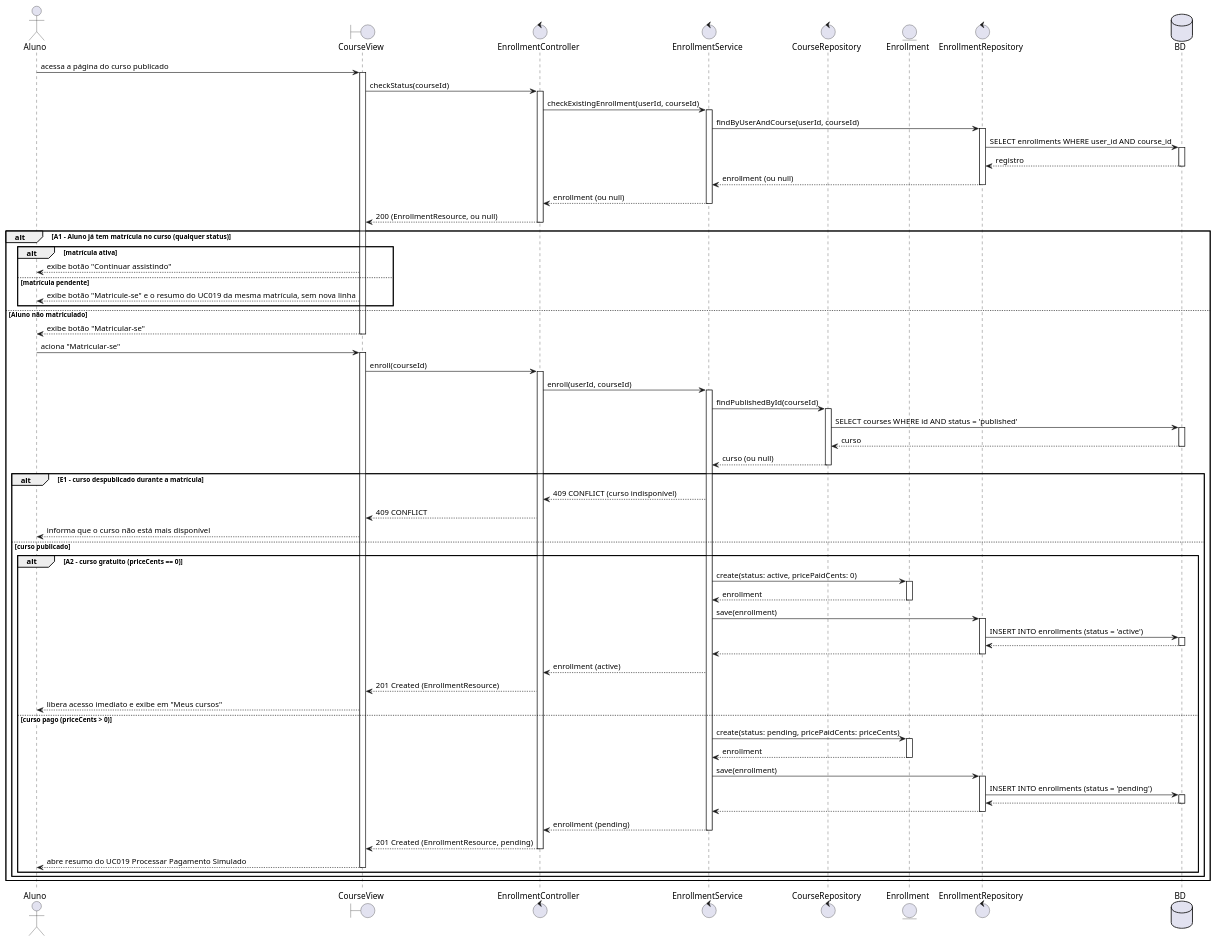
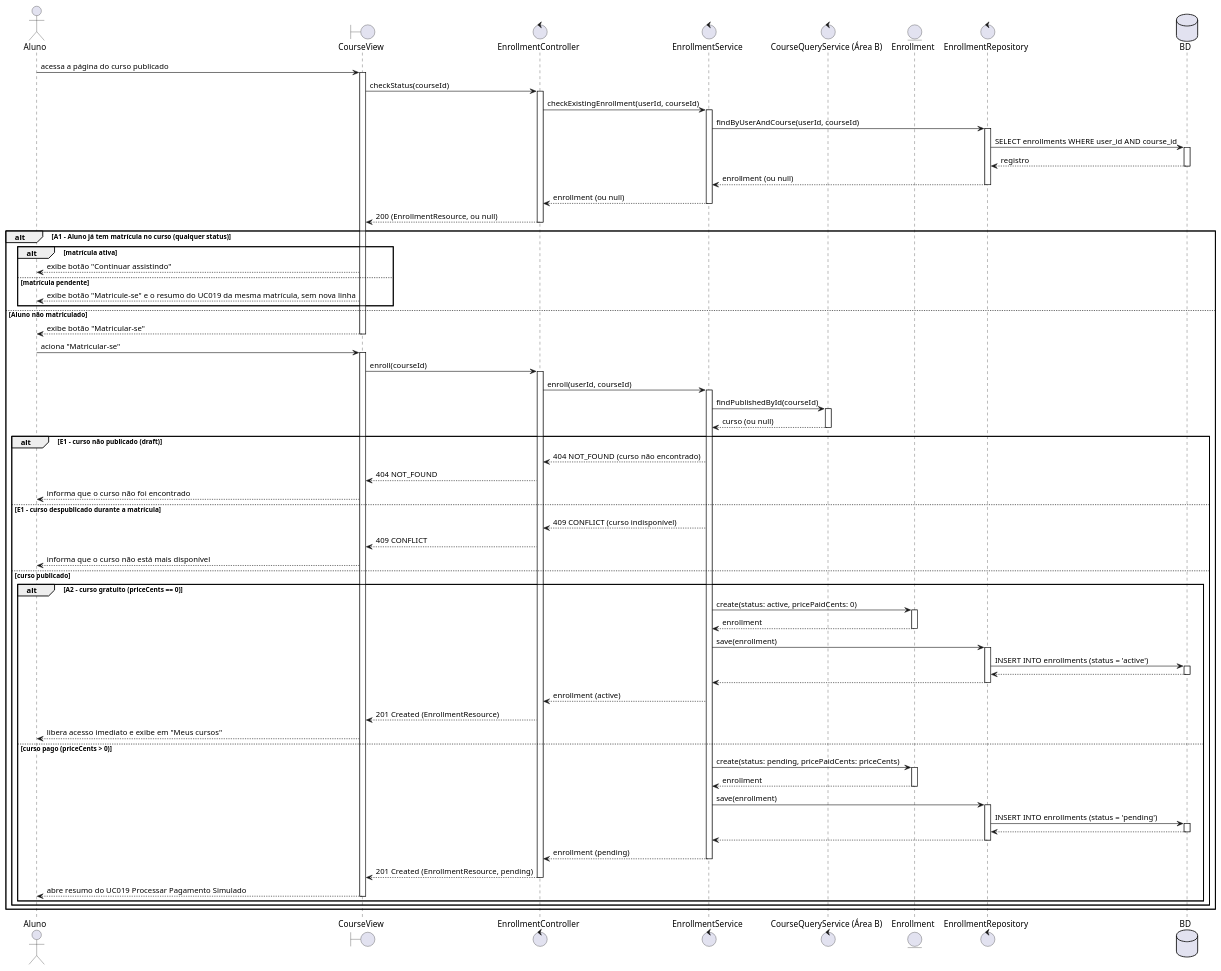
The diagram in scripts/drawio-seqgen/exemplos/14-sequencia-uc003.puml (Plataforma-de-Cursos-TCC/plataforma-cursos-docs), drawn with PlantUML before and after one commit. The commit also changed 30 other files, not shown here.

First line of the commit message:
fix(area-c): snapshot quiz answers and align UC, sequences and classes

```diff
--- a/scripts/drawio-seqgen/exemplos/14-sequencia-uc003.puml
+++ b/scripts/drawio-seqgen/exemplos/14-sequencia-uc003.puml
@@ -3,62 +3,64 @@
 @startuml 14-sequencia-uc003
 actor Aluno
 boundary CourseView
 control EnrollmentController
 control EnrollmentService
-control CourseRepository
+control "CourseQueryService (Área B)" as CourseQueryService
 entity Enrollment
 control EnrollmentRepository
 database BD
 Aluno -> CourseView ++ : acessa a página do curso publicado
 CourseView -> EnrollmentController ++ : checkStatus(courseId)
 EnrollmentController -> EnrollmentService ++ : checkExistingEnrollment(userId, courseId)
 EnrollmentService -> EnrollmentRepository ++ : findByUserAndCourse(userId, courseId)
 EnrollmentRepository -> BD ++ : SELECT enrollments WHERE user_id AND course_id
 BD --> EnrollmentRepository -- : registro
 EnrollmentRepository --> EnrollmentService -- : enrollment (ou null)
 EnrollmentService --> EnrollmentController -- : enrollment (ou null)
 EnrollmentController --> CourseView -- : 200 (EnrollmentResource, ou null)
 alt A1 - Aluno já tem matrícula no curso (qualquer status)
 alt matrícula ativa
 CourseView --> Aluno : exibe botão "Continuar assistindo"
 else matrícula pendente
 CourseView --> Aluno : exibe botão "Matricule-se" e o resumo do UC019 da mesma matrícula, sem nova linha
 end
 else Aluno não matriculado
 CourseView --> Aluno -- : exibe botão "Matricular-se"
 Aluno -> CourseView ++ : aciona "Matricular-se"
 CourseView -> EnrollmentController ++ : enroll(courseId)
 EnrollmentController -> EnrollmentService ++ : enroll(userId, courseId)
-EnrollmentService -> CourseRepository ++ : findPublishedById(courseId)
-CourseRepository -> BD ++ : SELECT courses WHERE id AND status = 'published'
-BD --> CourseRepository -- : curso
-CourseRepository --> EnrollmentService -- : curso (ou null)
-alt E1 - curso despublicado durante a matrícula
+EnrollmentService -> CourseQueryService ++ : findPublishedById(courseId)
+CourseQueryService --> EnrollmentService -- : curso (ou null)
+alt E1 - curso não publicado (draft)
+EnrollmentService --> EnrollmentController : 404 NOT_FOUND (curso não encontrado)
+EnrollmentController --> CourseView : 404 NOT_FOUND
+CourseView --> Aluno : informa que o curso não foi encontrado
+else E1 - curso despublicado durante a matrícula
 EnrollmentService --> EnrollmentController : 409 CONFLICT (curso indisponível)
 EnrollmentController --> CourseView : 409 CONFLICT
 CourseView --> Aluno : informa que o curso não está mais disponível
 else curso publicado
 alt A2 - curso gratuito (priceCents == 0)
 EnrollmentService -> Enrollment ++ : create(status: active, pricePaidCents: 0)
 Enrollment --> EnrollmentService -- : enrollment
 EnrollmentService -> EnrollmentRepository ++ : save(enrollment)
 EnrollmentRepository -> BD ++ : INSERT INTO enrollments (status = 'active')
 BD --> EnrollmentRepository --
 EnrollmentRepository --> EnrollmentService --
 EnrollmentService --> EnrollmentController : enrollment (active)
 EnrollmentController --> CourseView : 201 Created (EnrollmentResource)
 CourseView --> Aluno : libera acesso imediato e exibe em "Meus cursos"
 else curso pago (priceCents > 0)
 EnrollmentService -> Enrollment ++ : create(status: pending, pricePaidCents: priceCents)
 Enrollment --> EnrollmentService -- : enrollment
 EnrollmentService -> EnrollmentRepository ++ : save(enrollment)
 EnrollmentRepository -> BD ++ : INSERT INTO enrollments (status = 'pending')
 BD --> EnrollmentRepository --
 EnrollmentRepository --> EnrollmentService --
 EnrollmentService --> EnrollmentController -- : enrollment (pending)
 EnrollmentController --> CourseView -- : 201 Created (EnrollmentResource, pending)
 CourseView --> Aluno -- : abre resumo do UC019 Processar Pagamento Simulado
 end
 end
 end
 @enduml
```
